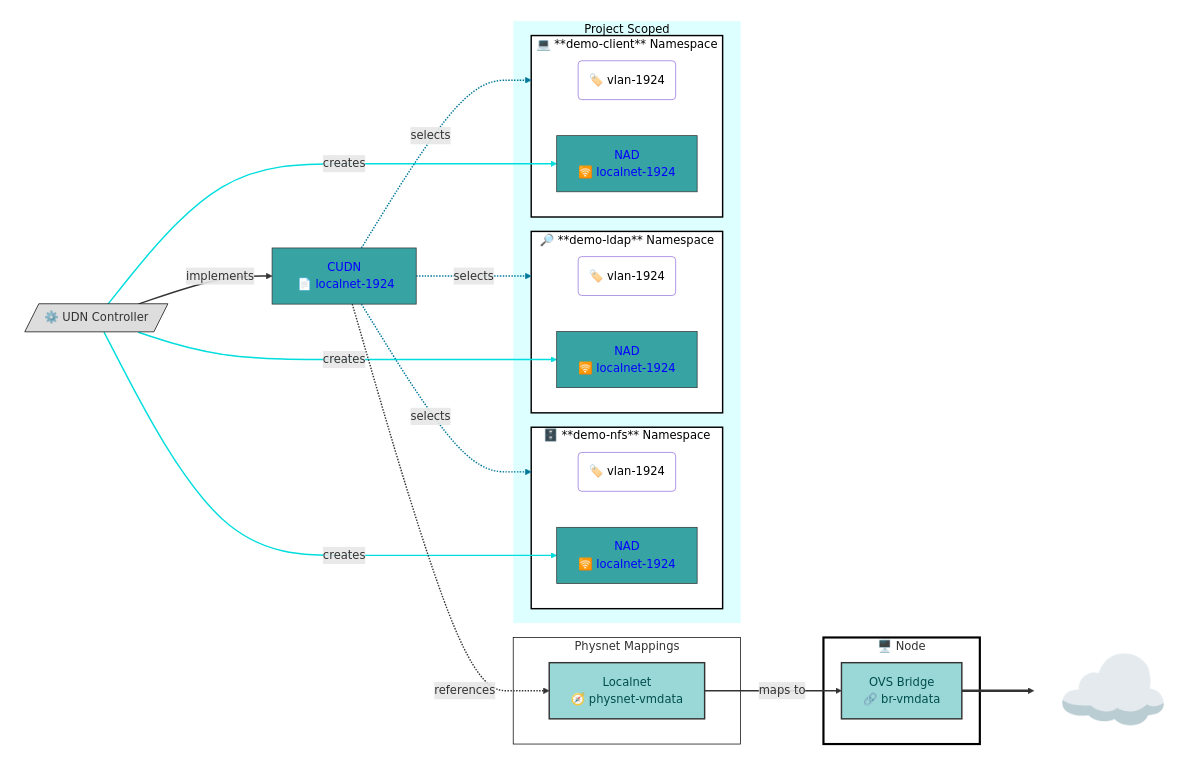
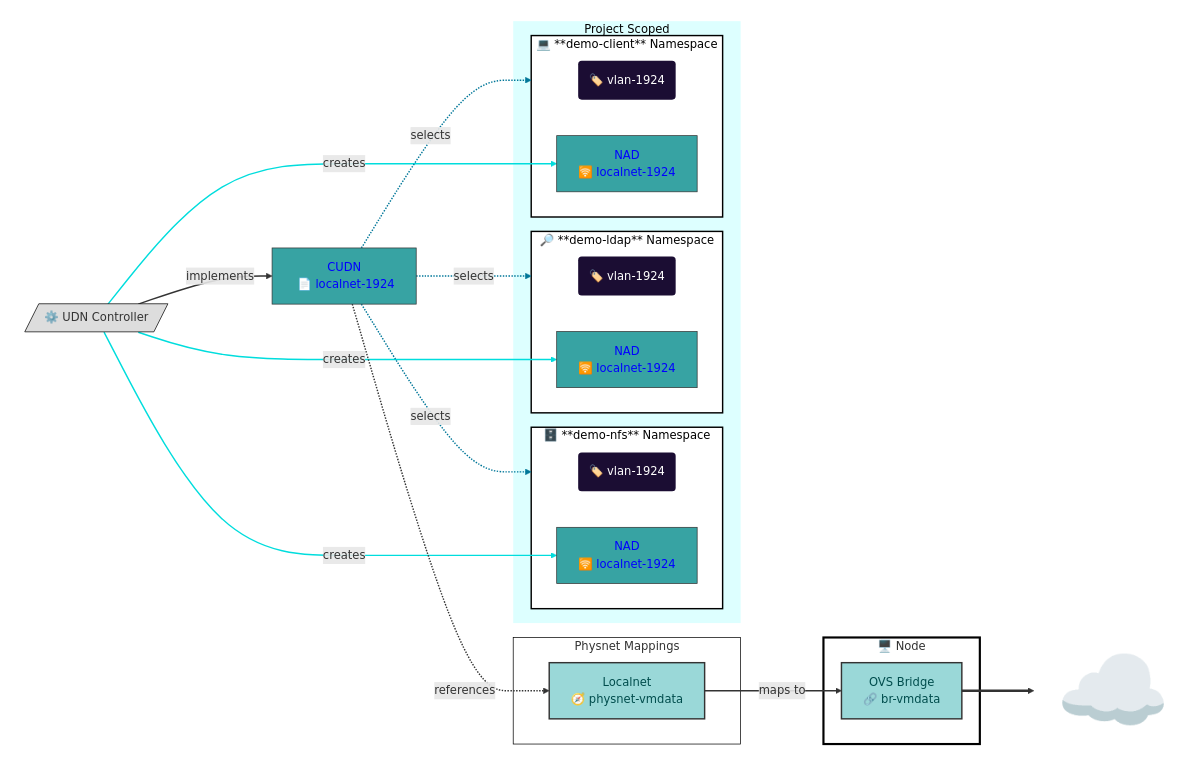
Before and after one commit to dlbewley/demo-rhone-26: the fifth of 7 diagrams in README.md, drawn with Mermaid. The commit also changed other lines of this file, not shown here.

````diff
--- a/README.md
+++ b/README.md
@@ -229,75 +229,75 @@
 ```mermaid
 graph LR;
     subgraph Cluster[" "]
       udn-localnet-1924["CUDN<br>️ 📄 localnet-1924"]:::udn-localnet-1924
       udn-controller[/"⚙️ UDN Controller"/]
 
       subgraph Localnets["Physnet Mappings"]
         physnet-vmdata[Localnet<br> 🧭 physnet-vmdata]:::nad-1924;
       end
 
       subgraph Project["Project Scoped"]
         subgraph ns-nfs["🗄️ **demo-nfs** Namespace"]
           label-nfs("🏷️ vlan-1924"):::labels;
           nad-1924-nfs[NAD<br> 🛜 localnet-1924];
         end
 
         subgraph ns-ldap["🔎 **demo-ldap** Namespace"]
           label-ldap("🏷️ vlan-1924"):::labels;
           nad-1924-ldap[NAD<br> 🛜 localnet-1924]:::nad-1924;
         end
 
         subgraph ns-client["💻 **demo-client** Namespace"]
           label-client("🏷️ vlan-1924"):::labels;
           nad-1924-client[NAD<br> 🛜 localnet-1924]:::nad-1924;
         end
       end
       subgraph node1["🖥️ Node "]
         br-vmdata[ OVS Bridge<br> 🔗 br-vmdata]:::vlan-1924;
       end
     end
 
     udn-localnet-1924 -. selects .-> ns-client
     udn-localnet-1924 -. selects .-> ns-ldap
     udn-localnet-1924 -. selects .-> ns-nfs
 
     linkStyle 0,1,2 stroke:#007799,stroke-width:2px;
 
     udn-controller --creates--> nad-1924-nfs
     udn-controller --creates--> nad-1924-ldap
     udn-controller --creates--> nad-1924-client
 
     linkStyle 3,4,5 stroke:#00dddd,stroke-width:2px;
 
     udn-controller == implements ==> udn-localnet-1924
     udn-localnet-1924 -. references .-> physnet-vmdata
     physnet-vmdata -- maps to --> br-vmdata
 
     linkStyle 6,7,8 stroke-width:2px;
 
     Internet["☁️ "]:::Internet
     br-vmdata ==> Internet
 
     classDef node-eth fill:#00dddd,color:#00f,stroke:#333,stroke-width:2px;
 
     classDef bond1 fill:#9ad8d8,color:#004d4d,stroke:#333,stroke-width:2px
     class br-vmdata,physnet-vmdata bond1
 
-    classDef labels stroke-width:1px,color:#000,fill:#fff;
+    classDef labels stroke-width:0px,color:#fff,fill:#1B0D33;
     classDef networks fill:#cdd,stroke-width:0px;
 
     style udn-controller fill:#ddd,stroke:#000,stroke-width:1px;
     style node1 fill:#fff,stroke:#000,stroke-width:3px;
     style Localnets fill:#fff,stroke:#000,stroke-width:1px;
     style Cluster color:#000,fill:#fff,stroke:#333,stroke-width:0px;
     style Project color:#000,fill:#dff,stroke:#333,stroke-width:0px
     style Internet fill:none,stroke-width:0px,font-size:+2em;
 
     classDef nodes stroke-width:3px;
     class node1,node2,node3 nodes;
     classDef namespace color:#000,fill:#fff,stroke:#000,stroke-width:2px;
     class ns-nfs,ns-client,ns-ldap namespace;
 
     classDef nad-1924 fill:#37a3a3,color:#00f,stroke:#333,stroke-width:1px;
     class nad-1924-client,nad-1924-ldap,nad-1924-nfs,udn-localnet-1924 nad-1924;
 ```
````
